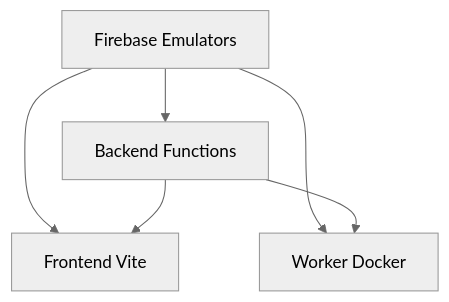
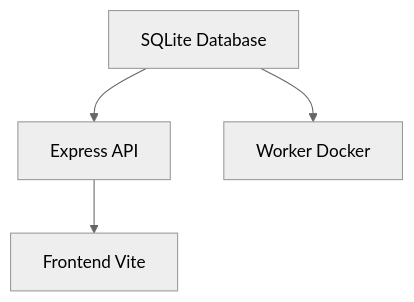
One commit to Jdubz/job-finder-worker changed the diagram in docs/infrastructure/architecture/orchestration.md. Above: the diagram before and after it, drawn with Mermaid (neutral theme). The commit also changed other lines of this file and 15 other files, not shown here.

First line of the commit message:
docs: remove Firebase/Firestore references, update for SQLite/Express architecture

````diff
--- a/docs/infrastructure/architecture/orchestration.md
+++ b/docs/infrastructure/architecture/orchestration.md
@@ -15,8 +15,6 @@
 ```mermaid
 graph TD
-    A[Firebase Emulators] --> B[Backend Functions]
-    A --> C[Frontend Vite]
+    A[SQLite Database] --> B[Express API]
     A --> D[Worker Docker]
-    B --> C
-    B --> D
+    B --> C[Frontend Vite]
 ```
````
